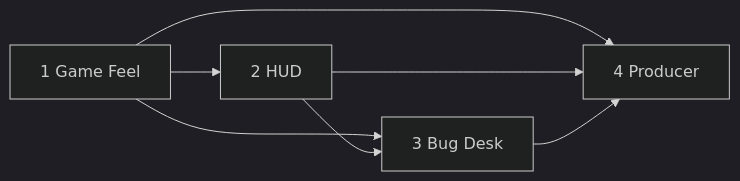
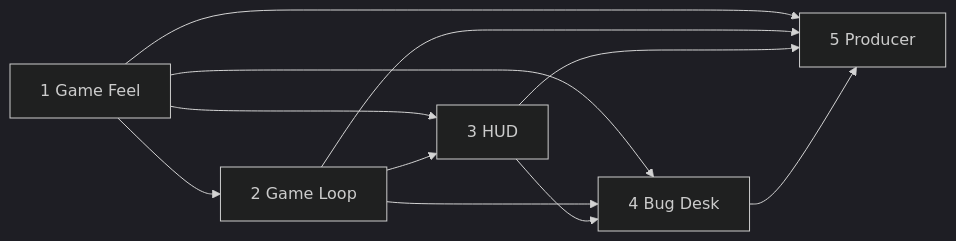
Before and after one commit to vibeforge1111/grokbot-ai-gaming-team-by-meta-alchemist: the diagram in README.md, drawn with Mermaid (dark theme). The commit also changed other lines of this file and 142 other files, not shown here.

````diff
--- a/README.md
+++ b/README.md
@@ -78,9 +79,13 @@
 ```mermaid
 flowchart LR
-  GF[1 Game Feel] --> HUD[2 HUD]
-  GF --> BD[3 Bug Desk]
+  GF[1 Game Feel] --> GL[2 Game Loop]
+  GF --> HUD[3 HUD]
+  GL --> HUD
+  GF --> BD[4 Bug Desk]
+  GL --> BD
   HUD --> BD
-  GF --> PD[4 Producer]
+  GF --> PD[5 Producer]
+  GL --> PD
   HUD --> PD
   BD --> PD
 ```
````
